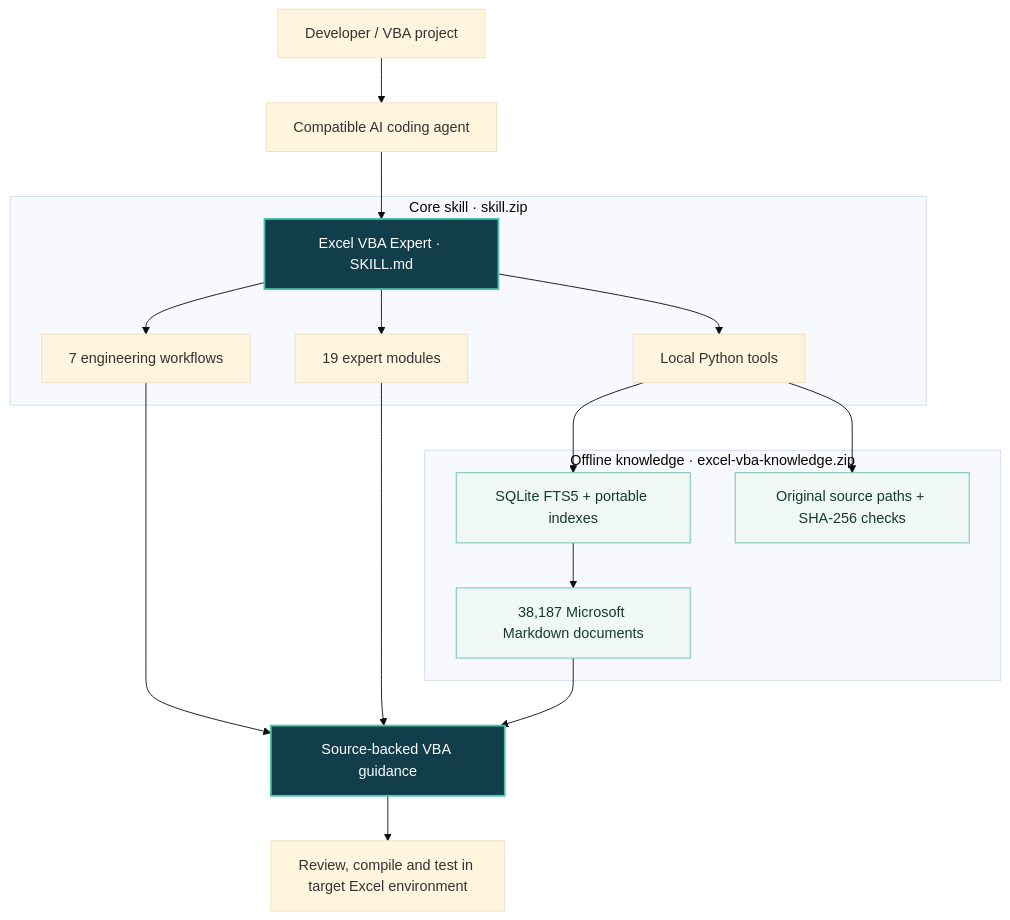
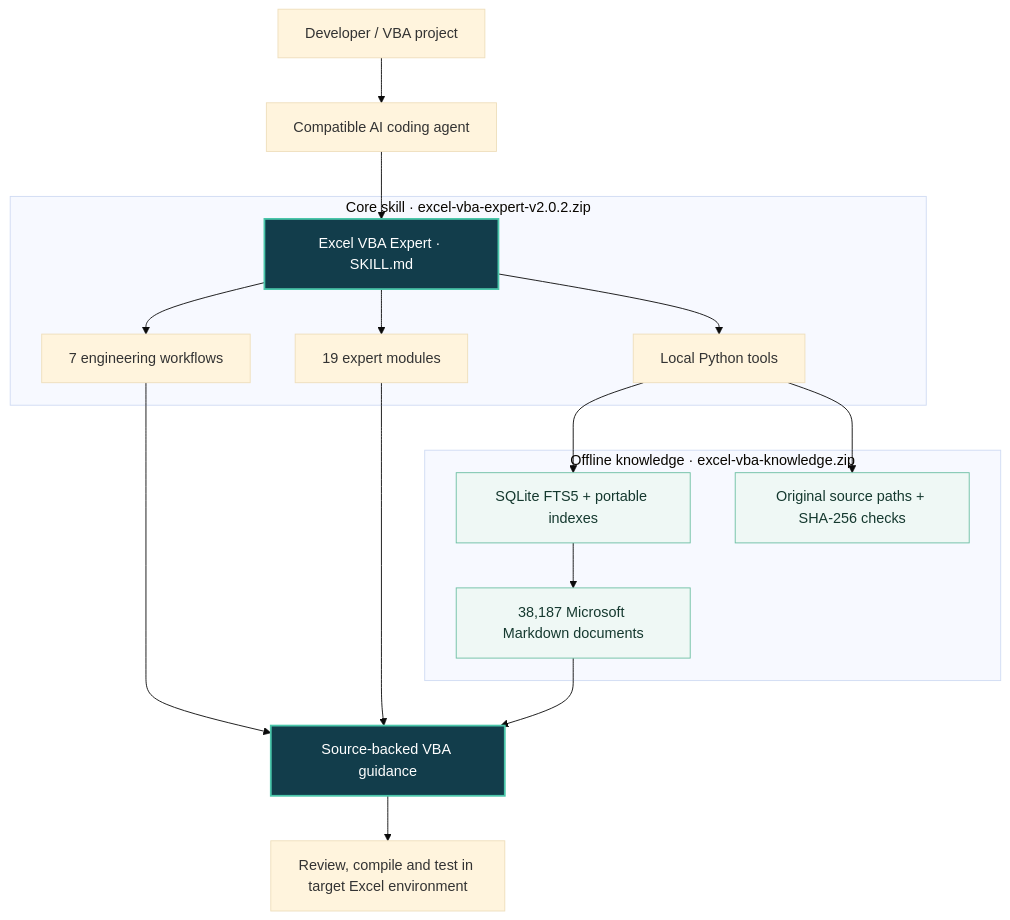
The first of 2 diagrams in README.md (cycu767/excel-vba-expert), drawn with Mermaid (base theme) before and after one commit. The commit also changed other lines of this file and 1 other file, not shown here.

````diff
--- a/README.md
+++ b/README.md
@@ -62,30 +62,30 @@
 ```mermaid
 flowchart TB
     USER["Developer / VBA project"] --> AGENT["Compatible AI coding agent"]
     AGENT --> SKILL["Excel VBA Expert · SKILL.md"]
 
-    subgraph CORE["Core skill · skill.zip"]
+    subgraph CORE["Core skill · excel-vba-expert-v2.0.2.zip"]
       SKILL --> ROUTES["7 engineering workflows"]
       SKILL --> MODULES["19 expert modules"]
       SKILL --> TOOLS["Local Python tools"]
     end
 
     subgraph KNOWLEDGE["Offline knowledge · excel-vba-knowledge.zip"]
       DOCS["38,187 Microsoft Markdown documents"]
       INDEX["SQLite FTS5 + portable indexes"]
       INTEGRITY["Original source paths + SHA-256 checks"]
     end
 
     TOOLS --> INDEX
     INDEX --> DOCS
     TOOLS --> INTEGRITY
     ROUTES --> GUIDANCE["Source-backed VBA guidance"]
     MODULES --> GUIDANCE
     DOCS --> GUIDANCE
     GUIDANCE --> REVIEW["Review, compile and test in target Excel environment"]
 
     classDef focus fill:#123D4B,color:#FFFFFF,stroke:#4AC6AA,stroke-width:2px;
     classDef evidence fill:#EFF8F5,color:#15392F,stroke:#6CBFA3;
     class SKILL,GUIDANCE focus;
     class DOCS,INDEX,INTEGRITY evidence;
 ```
````
